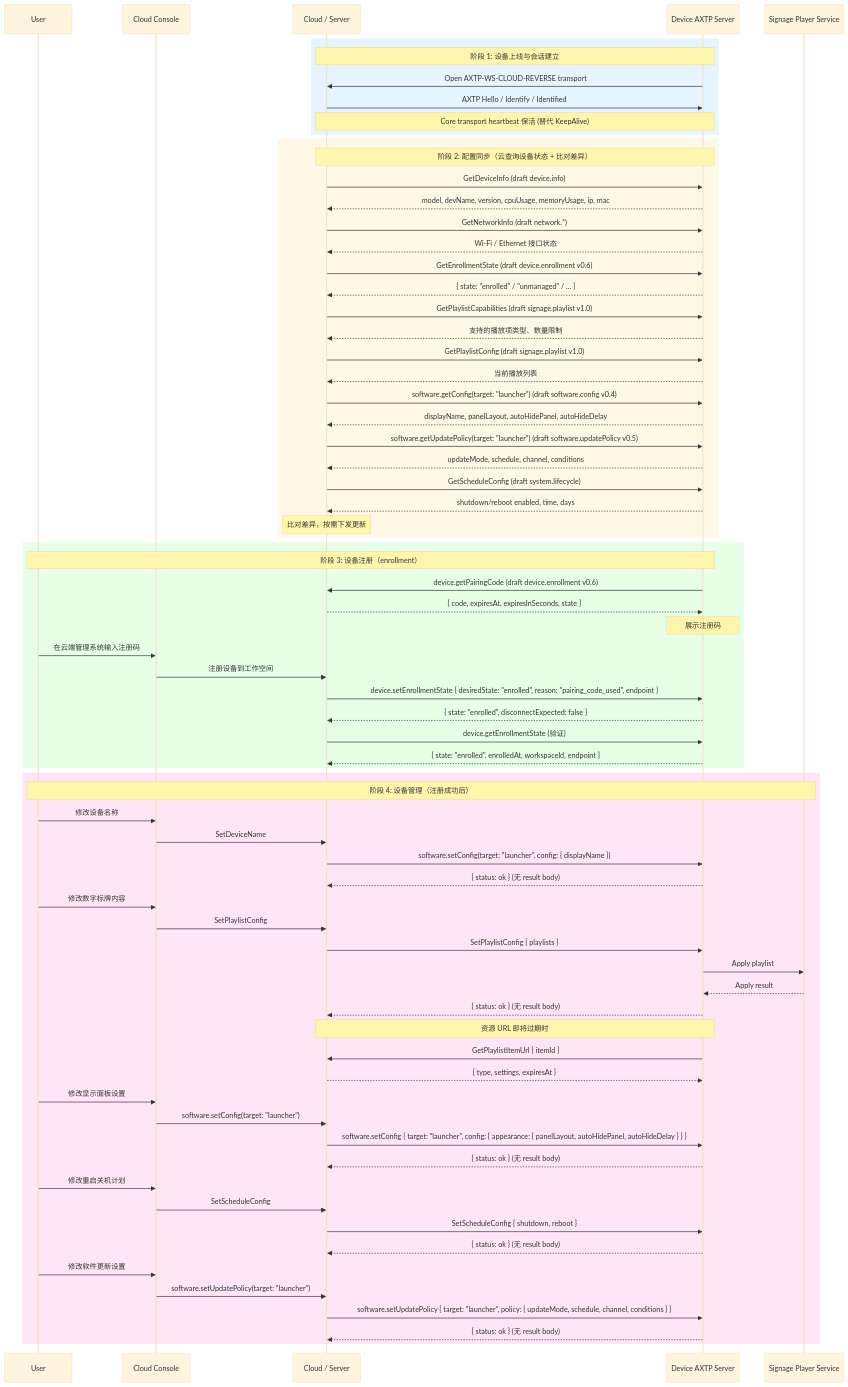
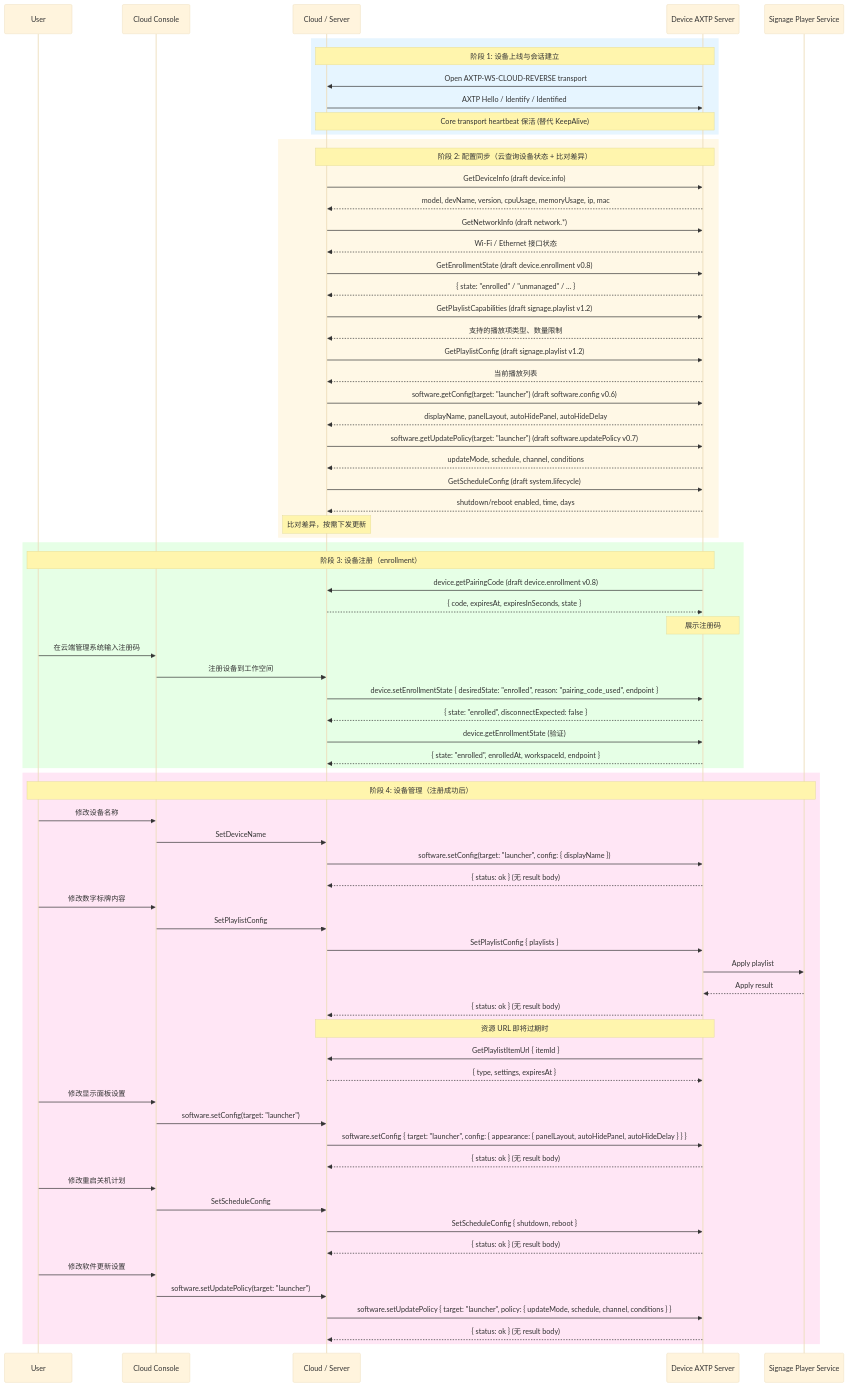
Before and after one commit to Mostorm-Labs/axtp: the diagram in docs/flows/signage-device-management.md, drawn with Mermaid (base theme). The commit also changed other lines of this file and 4 other files, not shown here.

Commit message:
docs: refine signage protocol drafts, close review markers, and sync flow references

```diff
--- a/docs/flows/signage-device-management.md
+++ b/docs/flows/signage-device-management.md
@@ -133,15 +133,15 @@
         Device-->>Cloud: model, devName, version, cpuUsage, memoryUsage, ip, mac
         Cloud->>Device: GetNetworkInfo (draft network.*)
         Device-->>Cloud: Wi-Fi / Ethernet 接口状态
-        Cloud->>Device: GetEnrollmentState (draft device.enrollment v0.6)
+        Cloud->>Device: GetEnrollmentState (draft device.enrollment v0.8)
         Device-->>Cloud: { state: "enrolled" / "unmanaged" / ... }
-        Cloud->>Device: GetPlaylistCapabilities (draft signage.playlist v1.0)
+        Cloud->>Device: GetPlaylistCapabilities (draft signage.playlist v1.2)
         Device-->>Cloud: 支持的播放项类型、数量限制
-        Cloud->>Device: GetPlaylistConfig (draft signage.playlist v1.0)
+        Cloud->>Device: GetPlaylistConfig (draft signage.playlist v1.2)
         Device-->>Cloud: 当前播放列表
-        Cloud->>Device: software.getConfig(target: "launcher") (draft software.config v0.4)
+        Cloud->>Device: software.getConfig(target: "launcher") (draft software.config v0.6)
         Device-->>Cloud: displayName, panelLayout, autoHidePanel, autoHideDelay
-        Cloud->>Device: software.getUpdatePolicy(target: "launcher") (draft software.updatePolicy v0.5)
+        Cloud->>Device: software.getUpdatePolicy(target: "launcher") (draft software.updatePolicy v0.7)
         Device-->>Cloud: updateMode, schedule, channel, conditions
         Cloud->>Device: GetScheduleConfig (draft system.lifecycle)
         Device-->>Cloud: shutdown/reboot enabled, time, days
@@ -150,7 +150,7 @@
 
     rect rgb(230, 255, 230)
         Note over User,Device: 阶段 3: 设备注册（enrollment）
-        Device->>Cloud: device.getPairingCode (draft device.enrollment v0.6)
+        Device->>Cloud: device.getPairingCode (draft device.enrollment v0.8)
         Cloud-->>Device: { code, expiresAt, expiresInSeconds, state }
         Note over Device: 展示注册码
         User->>Console: 在云端管理系统输入注册码
```
